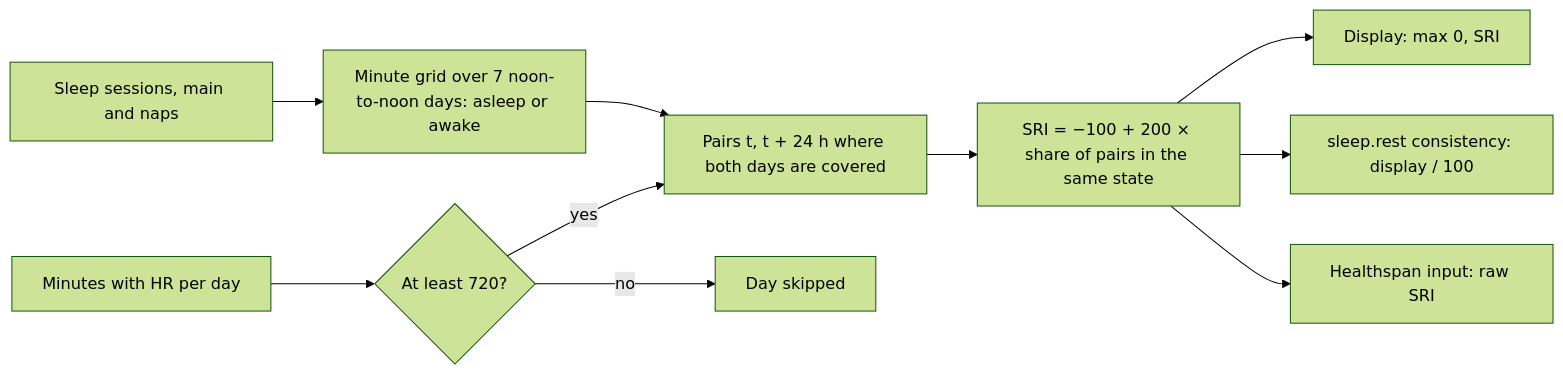
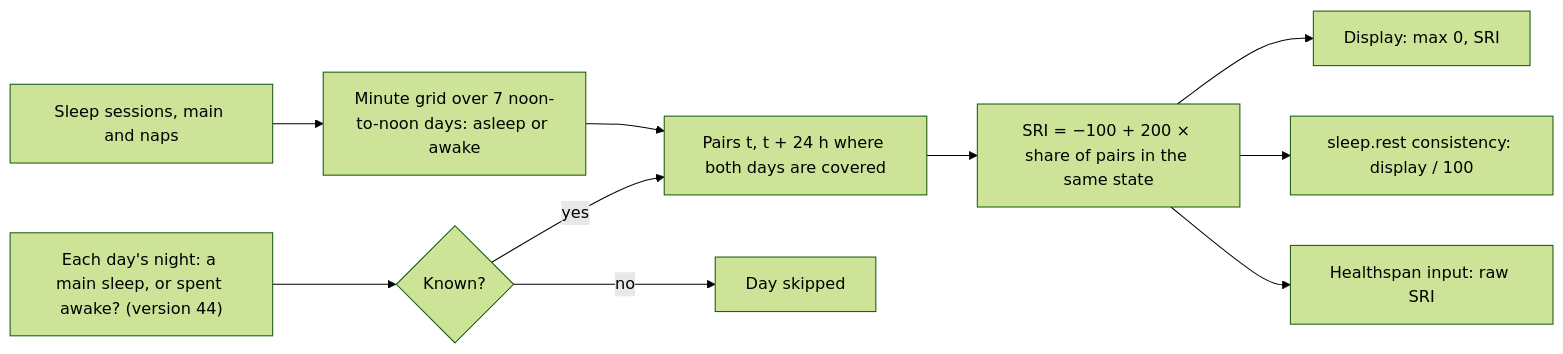
Before and after one commit to RohitDhatrak/pulse: the diagram in docs/algorithms/sleep-regularity.md, drawn with Mermaid (forest theme). The commit also changed other lines of this file and 32 other files, not shown here.

````diff
--- a/docs/algorithms/sleep-regularity.md
+++ b/docs/algorithms/sleep-regularity.md
@@ -9,12 +9,12 @@
 ```mermaid
 flowchart LR
   S[Sleep sessions, main and naps] --> M[Minute grid over 7 noon-to-noon days: asleep or awake]
-  W[Minutes with HR per day] --> C{At least 720?}
+  W["Each day's night: a main sleep, or spent awake? (version 44)"] --> C{Known?}
   C -->|yes| P
   C -->|no| X[Day skipped]
   M --> P[Pairs t, t + 24 h where both days are covered]
   P --> SRI[SRI = −100 + 200 × share of pairs in the same state]
   SRI --> D[Display: max 0, SRI]
   SRI --> K[sleep.rest consistency: display / 100]
   SRI --> H[Healthspan input: raw SRI]
 ```
````
